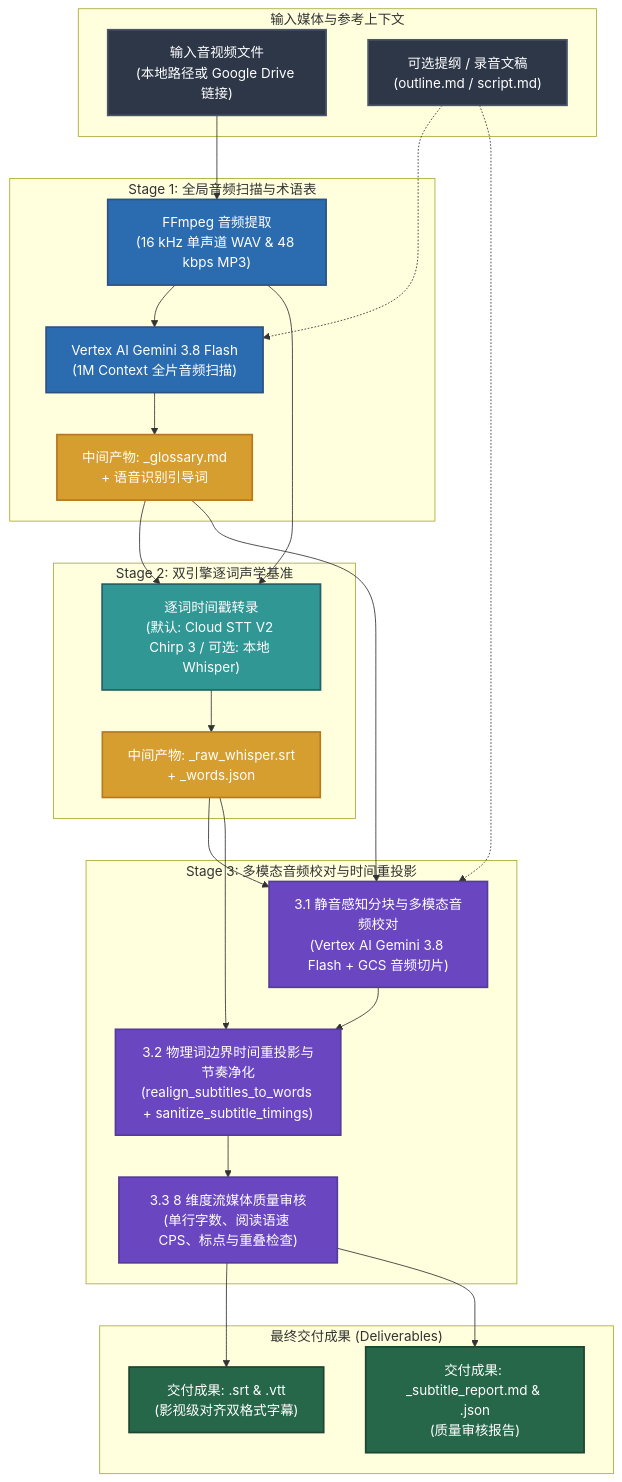
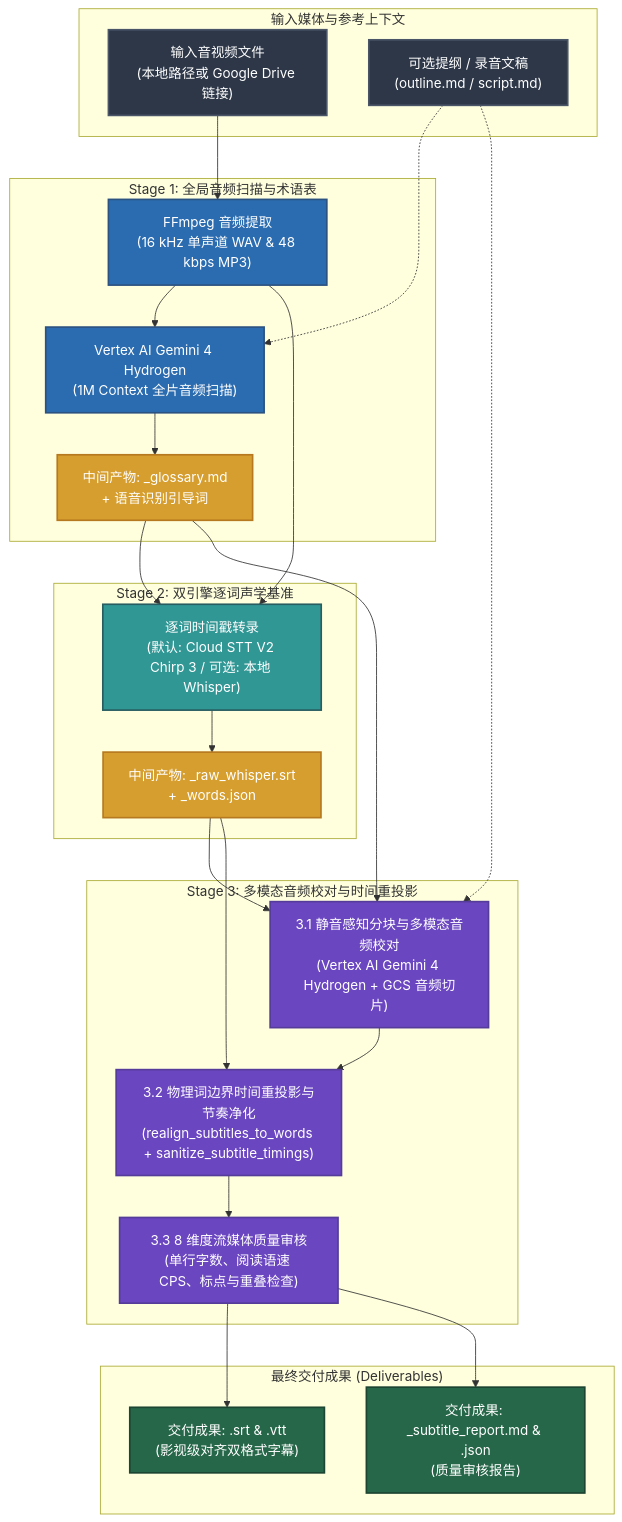
Before and after one commit to sylphlin/subtitle-craft: the diagram in README.zh-CN.md, drawn with Mermaid. The commit also changed other lines of this file and 13 other files, not shown here.

First line of the commit message:
feat(model): upgrade Stage 1 and Stage 3 LLM to Gemini 4 Hydrogen (gemini-4-hydrogen)

````diff
--- a/README.zh-CN.md
+++ b/README.zh-CN.md
@@ -45,52 +50,52 @@
 ```mermaid
 flowchart TD
     classDef inputStyle fill:#2D3748,stroke:#4A5568,stroke-width:2px,color:#fff;
     classDef stage1Style fill:#2B6CB0,stroke:#2C5282,stroke-width:2px,color:#fff;
     classDef stage2Style fill:#319795,stroke:#285E61,stroke-width:2px,color:#fff;
     classDef stage3Style fill:#6B46C1,stroke:#553C9A,stroke-width:2px,color:#fff;
     classDef artifactStyle fill:#D69E2E,stroke:#B7791F,stroke-width:2px,color:#fff;
     classDef outputStyle fill:#276749,stroke:#1C4532,stroke-width:2px,color:#fff;
 
     subgraph Inputs["输入媒体与参考上下文"]
         IN["输入音视频文件<br/>(本地路径或 Google Drive 链接)"]:::inputStyle
         REF["可选提纲 / 录音文稿<br/>(outline.md / script.md)"]:::inputStyle
     end
 
     subgraph Stage1["Stage 1: 全局音频扫描与术语表"]
         S0["FFmpeg 音频提取<br/>(16 kHz 单声道 WAV & 48 kbps MP3)"]:::stage1Style
-        S1["Vertex AI Gemini 3.8 Flash<br/>(1M Context 全片音频扫描)"]:::stage1Style
+        S1["Vertex AI Gemini 4 Hydrogen<br/>(1M Context 全片音频扫描)"]:::stage1Style
         GL["中间产物: <basename>_glossary.md<br/>+ 语音识别引导词"]:::artifactStyle
     end
 
     subgraph Stage2["Stage 2: 双引擎逐词声学基准"]
         S2["逐词时间戳转录<br/>(默认: Cloud STT V2 Chirp 3 / 可选: 本地 Whisper)"]:::stage2Style
         WD["中间产物: <basename>_raw_whisper.srt<br/>+ <basename>_words.json"]:::artifactStyle
     end
 
     subgraph Stage3["Stage 3: 多模态音频校对与时间重投影"]
-        S3_1["3.1 静音感知分块与多模态音频校对<br/>(Vertex AI Gemini 3.8 Flash + GCS 音频切片)"]:::stage3Style
+        S3_1["3.1 静音感知分块与多模态音频校对<br/>(Vertex AI Gemini 4 Hydrogen + GCS 音频切片)"]:::stage3Style
         S3_2["3.2 物理词边界时间重投影与节奏净化<br/>(realign_subtitles_to_words + sanitize_subtitle_timings)"]:::stage3Style
         S3_3["3.3 8 维度流媒体质量审核<br/>(单行字数、阅读语速 CPS、标点与重叠检查)"]:::stage3Style
     end
 
     subgraph Deliverables["最终交付成果 (Deliverables)"]
         OUT_SUB["交付成果: <basename>.srt & <basename>.vtt<br/>(影视级对齐双格式字幕)"]:::outputStyle
         OUT_REP["交付成果: <basename>_subtitle_report.md & .json<br/>(质量审核报告)"]:::outputStyle
     end
 
     IN --> S0
     S0 --> S1
     REF -.-> S1
     S1 --> GL
     S0 --> S2
     GL --> S2
     S2 --> WD
     WD --> S3_1
     GL --> S3_1
     REF -.-> S3_1
     S3_1 --> S3_2
     WD --> S3_2
     S3_2 --> S3_3
     S3_3 --> OUT_SUB
     S3_3 --> OUT_REP
 ```
````
